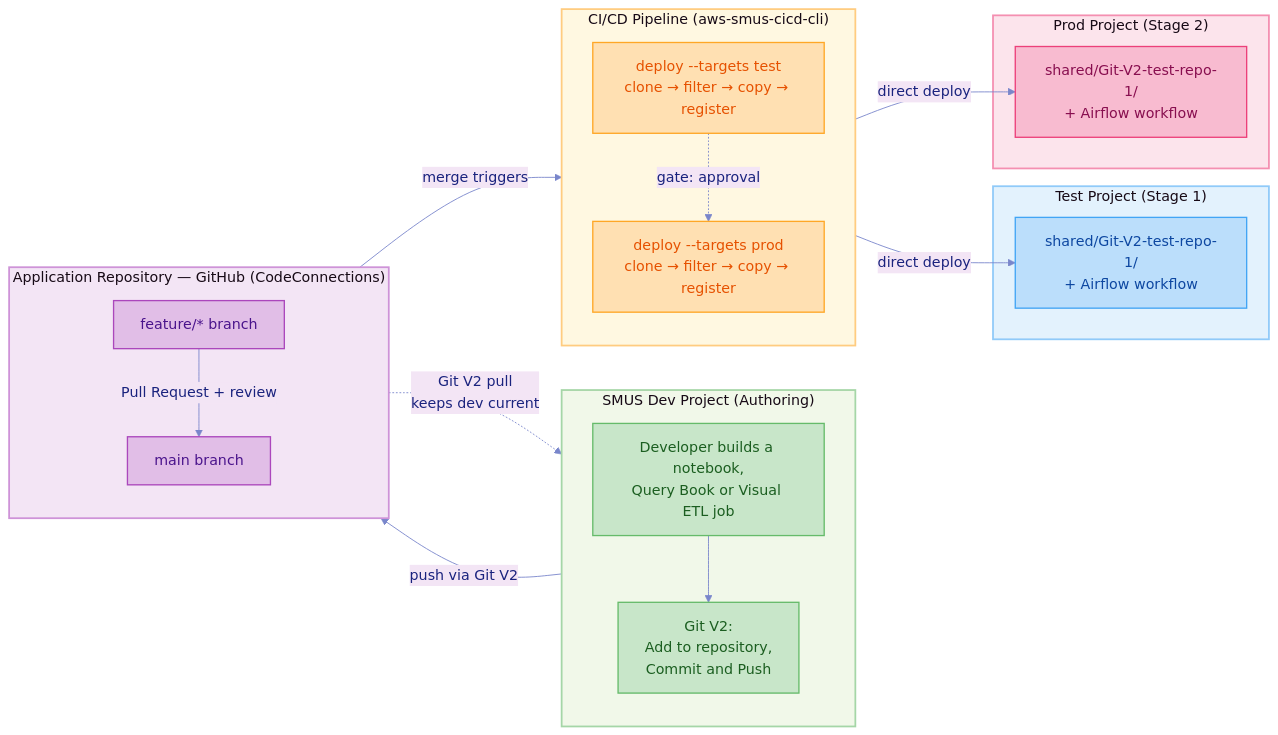
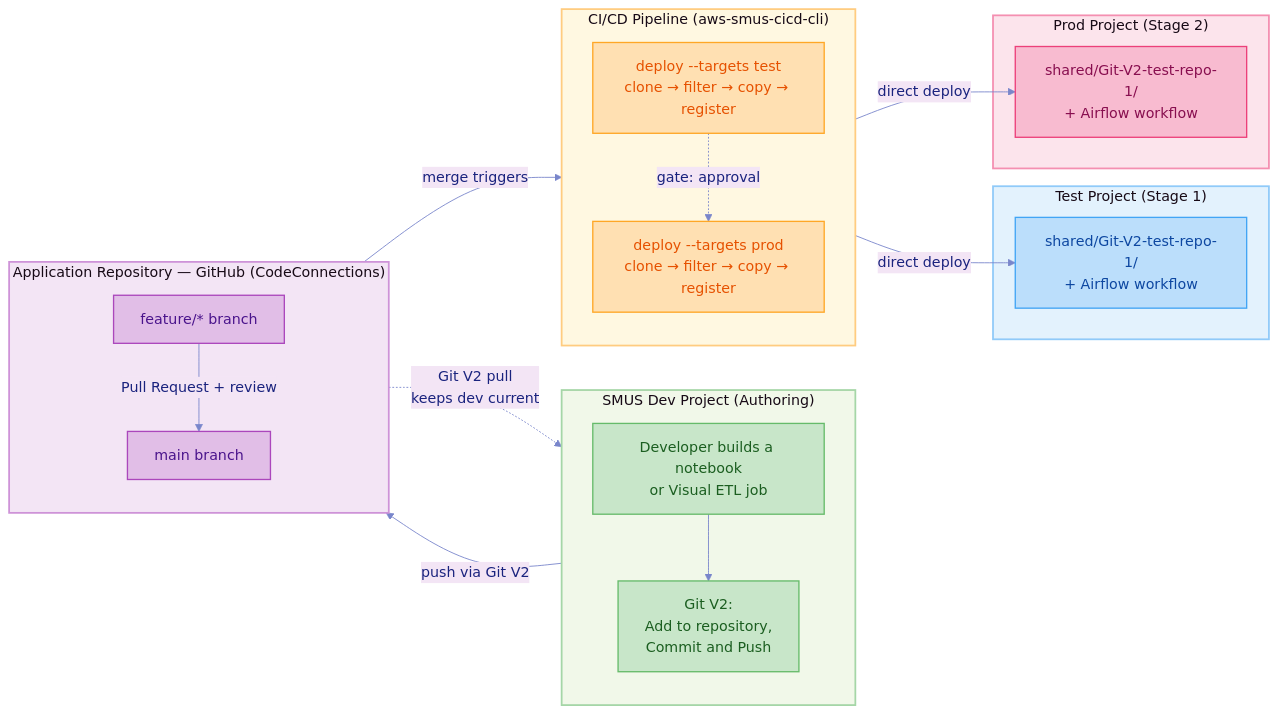
One commit to aws/CICD-for-SageMakerUnifiedStudio changed the diagram in examples/gitv2-end-to-end/README.md. Above: the diagram before and after it, drawn with Mermaid. The commit also changed other lines of this file, not shown here.

````diff
--- a/examples/gitv2-end-to-end/README.md
+++ b/examples/gitv2-end-to-end/README.md
@@ -13,56 +13,56 @@
 ```mermaid
 %%{init: {'theme': 'base', 'themeVariables': { 'primaryColor': '#e3f2fd', 'primaryTextColor': '#1a237e', 'primaryBorderColor': '#90caf9', 'lineColor': '#7986cb', 'secondaryColor': '#f3e5f5', 'tertiaryColor': '#e8f5e9', 'background': '#ffffff', 'clusterBkg': '#fafafa', 'clusterBorder': '#e0e0e0'}}}%%
 flowchart LR
     subgraph DEV["SMUS Dev Project (Authoring)"]
         direction TB
-        A1["Developer builds a notebook,<br/>Query Book or Visual ETL job"]
+        A1["Developer builds a notebook<br/>or Visual ETL job"]
         A2["Git V2:<br/>Add to repository,<br/>Commit and Push"]
         A1 --> A2
     end
 
     subgraph GIT["Application Repository — GitHub (CodeConnections)"]
         direction TB
         B1["feature/* branch"]
         B2["main branch"]
         B1 -->|"Pull Request + review"| B2
     end
 
     subgraph CICD["CI/CD Pipeline (aws-smus-cicd-cli)"]
         direction TB
         C2["deploy --targets test<br/>clone → filter → copy → register"]
         C3["deploy --targets prod<br/>clone → filter → copy → register"]
         C2 -.->|"gate: approval"| C3
     end
 
     subgraph TEST["Test Project (Stage 1)"]
         T1["shared/Git-V2-test-repo-1/<br/>+ Airflow workflow"]
     end
 
     subgraph PROD["Prod Project (Stage 2)"]
         P1["shared/Git-V2-test-repo-1/<br/>+ Airflow workflow"]
     end
 
     A2 -->|"push via Git V2"| B1
     B2 -->|"merge triggers"| C2
     B2 -.->|"Git V2 pull<br/>keeps dev current"| A1
     C2 -->|"direct deploy"| T1
     C3 -->|"direct deploy"| P1
 
     classDef dev fill:#c8e6c9,stroke:#66bb6a,stroke-width:1.5px,color:#1b5e20
     classDef git fill:#e1bee7,stroke:#ab47bc,stroke-width:1.5px,color:#4a148c
     classDef cicd fill:#ffe0b2,stroke:#ffa726,stroke-width:1.5px,color:#e65100
     classDef test fill:#bbdefb,stroke:#42a5f5,stroke-width:1.5px,color:#0d47a1
     classDef prod fill:#f8bbd0,stroke:#ec407a,stroke-width:1.5px,color:#880e4f
 
     class A1,A2 dev
     class B1,B2 git
     class C2,C3 cicd
     class T1 test
     class P1 prod
 
     style DEV fill:#f1f8e9,stroke:#a5d6a7,stroke-width:2px
     style GIT fill:#f3e5f5,stroke:#ce93d8,stroke-width:2px
     style CICD fill:#fff8e1,stroke:#ffcc80,stroke-width:2px
     style TEST fill:#e3f2fd,stroke:#90caf9,stroke-width:2px
     style PROD fill:#fce4ec,stroke:#f48fb1,stroke-width:2px
 ```
````
